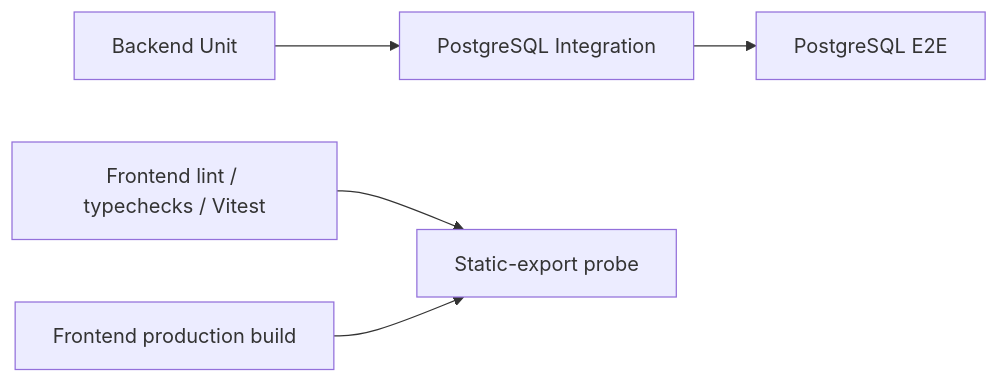
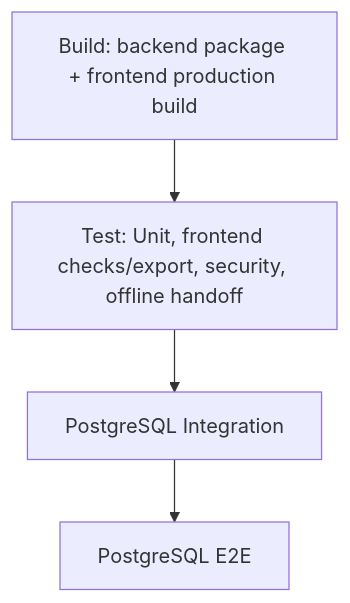
Before and after one commit to frederik-hoeft/min-favs-sharewise: the diagram in docs/internal/tasks/p1.5-postgresql-transaction-gate/specification.md, drawn with Mermaid. The commit also changed other lines of this file and 4 other files, not shown here.

Commit message:
P1.5-C1: Restore staged CI build and test gates

````diff
--- a/docs/internal/tasks/p1.5-postgresql-transaction-gate/specification.md
+++ b/docs/internal/tasks/p1.5-postgresql-transaction-gate/specification.md
@@ -46,6 +46,8 @@
 ```mermaid
-flowchart LR
-    U["Backend Unit"] --> I["PostgreSQL Integration"] --> E["PostgreSQL E2E"]
-    F["Frontend lint / typechecks / Vitest"] --> S["Static-export probe"]
-    B["Frontend production build"] --> S
+flowchart TD
+    B["Build: backend package + frontend production build"]
+    T["Test: Unit, frontend checks/export, security, offline handoff"]
+    I["PostgreSQL Integration"]
+    E["PostgreSQL E2E"]
+    B --> T --> I --> E
 ```
````
